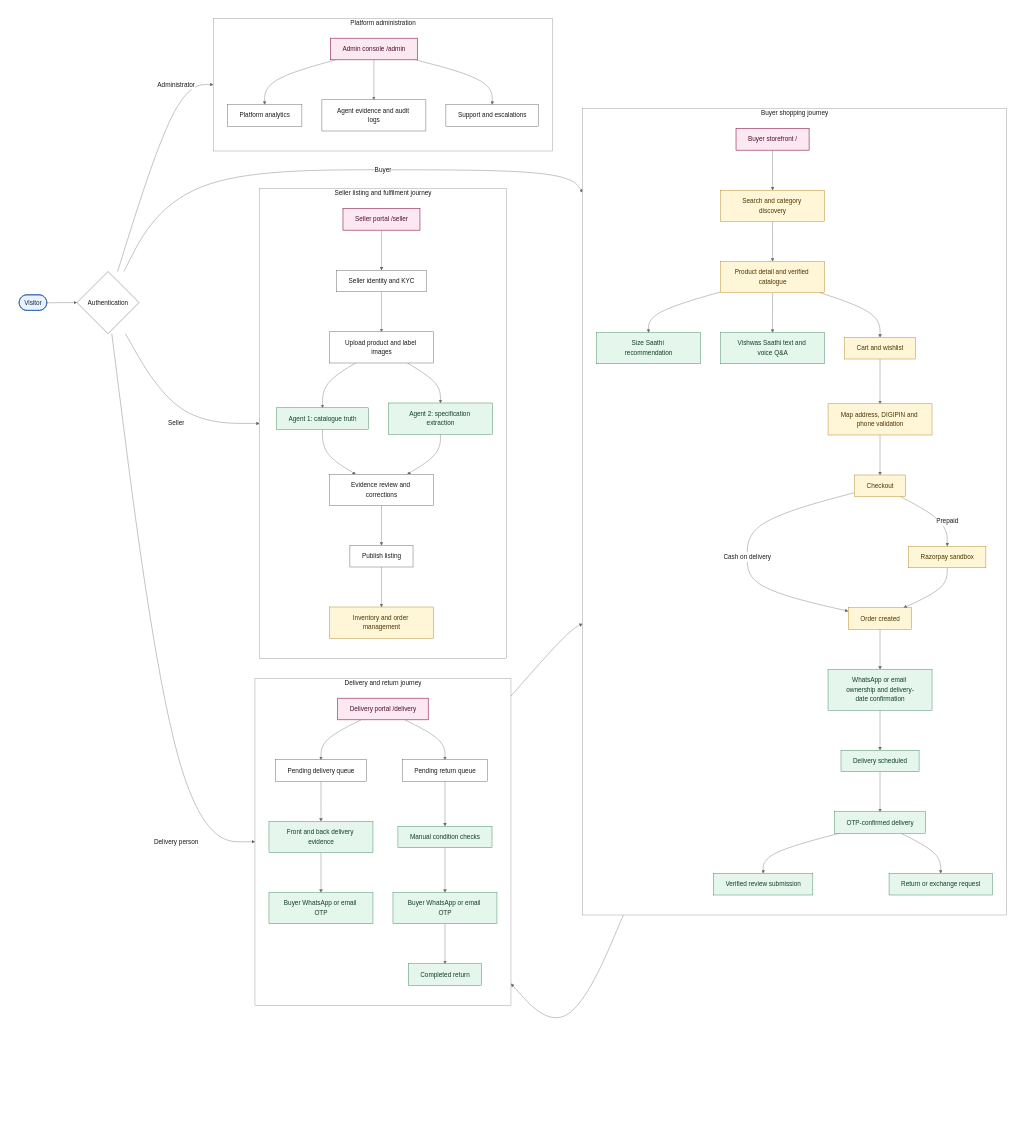
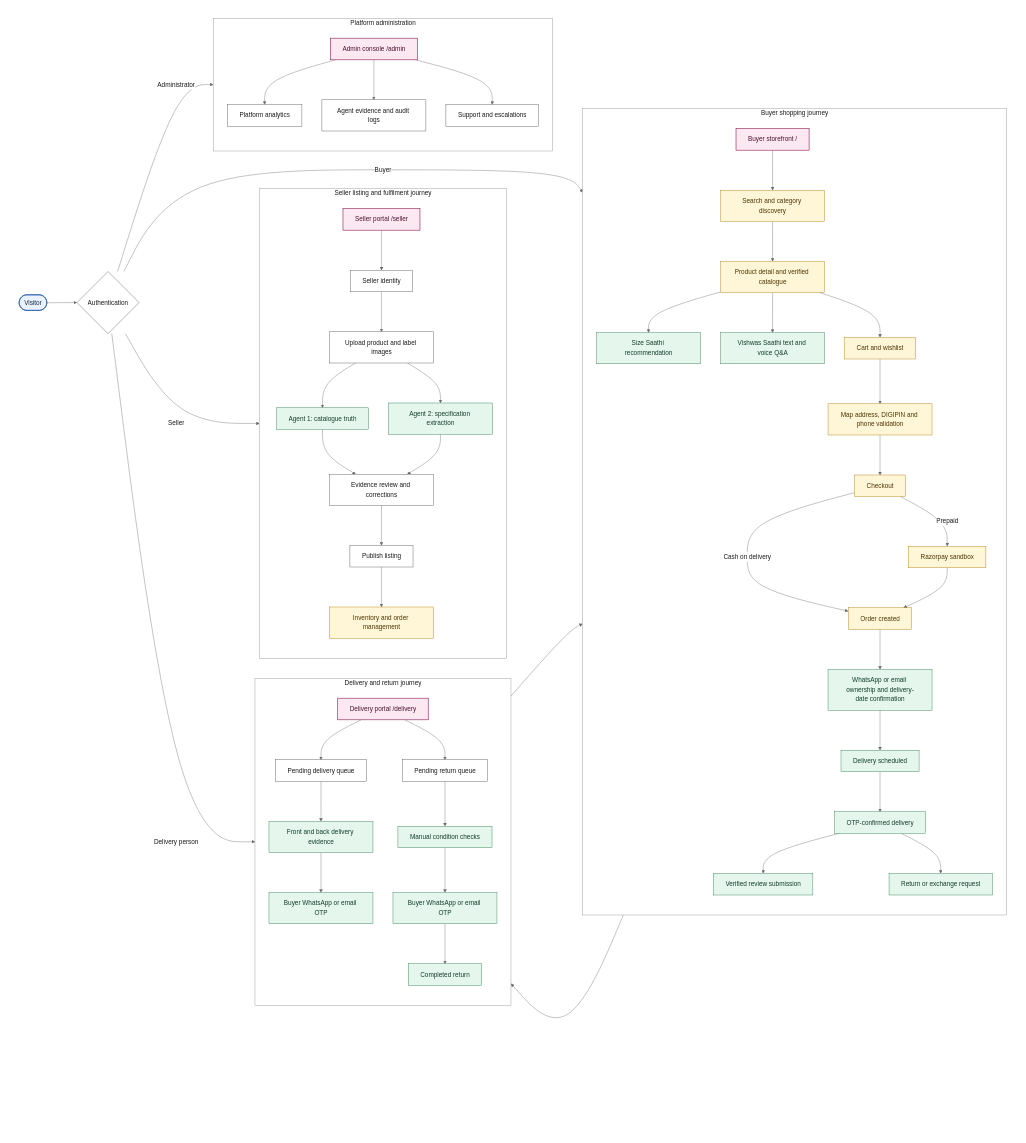
One commit to Palak24Ol/Kavach-Saathi changed the first of 2 diagrams in README.md. Above: the diagram before and after it, drawn with Mermaid.

````diff
--- a/README.md
+++ b/README.md
@@ -47,73 +47,73 @@
 ```mermaid
 %%{init: {"theme": "base", "themeVariables": {"background": "#ffffff", "primaryColor": "#ffffff", "primaryTextColor": "#1a1a1a", "primaryBorderColor": "#4a4a4a", "lineColor": "#6b6b6b", "clusterBkg": "#ffffff", "clusterBorder": "#8b8b8b", "edgeLabelBackground": "#ffffff", "titleColor": "#1a1a1a"}}}%%
 flowchart LR
     subgraph Canvas[" "]
     direction LR
     Visitor([Visitor]) --> Auth{Authentication}
     Auth -->|Buyer| BuyerHome[Buyer storefront /]
     Auth -->|Seller| SellerHome[Seller portal /seller]
     Auth -->|Delivery person| DeliveryHome[Delivery portal /delivery]
     Auth -->|Administrator| AdminHome[Admin console /admin]
 
     subgraph BuyerJourney[Buyer shopping journey]
         direction TB
         BuyerHome --> Discover[Search and category discovery]
         Discover --> Product[Product detail and verified catalogue]
         Product --> Size[Size Saathi recommendation]
         Product --> Vishwas[Vishwas Saathi text and voice Q&A]
         Product --> Cart[Cart and wishlist]
         Cart --> Address[Map address, DIGIPIN and phone validation]
         Address --> Checkout[Checkout]
         Checkout -->|Prepaid| Razorpay[Razorpay sandbox]
         Checkout -->|Cash on delivery| Order[Order created]
         Razorpay --> Order
         Order --> WhatsApp[WhatsApp or email ownership and delivery-date confirmation]
         WhatsApp --> Scheduled[Delivery scheduled]
         Scheduled --> Delivered[OTP-confirmed delivery]
         Delivered --> Review[Verified review submission]
         Delivered --> Return[Return or exchange request]
     end
 
     subgraph SellerJourney[Seller listing and fulfilment journey]
         direction TB
-        SellerHome --> KYC[Seller identity and KYC]
+        SellerHome --> KYC[Seller identity]
         KYC --> Upload[Upload product and label images]
         Upload --> CatalogueAgent[Agent 1: catalogue truth]
         Upload --> SpecAgent[Agent 2: specification extraction]
         CatalogueAgent --> Corrections[Evidence review and corrections]
         SpecAgent --> Corrections
         Corrections --> Publish[Publish listing]
         Publish --> Inventory[Inventory and order management]
     end
 
     subgraph DeliveryJourney[Delivery and return journey]
         direction TB
         DeliveryHome --> DeliveryQueue[Pending delivery queue]
         DeliveryQueue --> DeliveryEvidence[Front and back delivery evidence]
         DeliveryEvidence --> DeliveryOtp[Buyer WhatsApp or email OTP]
         DeliveryOtp --> Delivered
         DeliveryHome --> ReturnQueue[Pending return queue]
         Return --> ReturnQueue
         ReturnQueue --> ManualChecks[Manual condition checks]
         ManualChecks --> ReturnOtp[Buyer WhatsApp or email OTP]
         ReturnOtp --> ReturnComplete[Completed return]
     end
 
     subgraph Administration[Platform administration]
         direction TB
         AdminHome --> Analytics[Platform analytics]
         AdminHome --> Audit[Agent evidence and audit logs]
         AdminHome --> Support[Support and escalations]
     end
     end
     style Canvas fill:#ffffff,stroke:#ffffff
 
     classDef actor fill:#eaf2ff,stroke:#285ea8,color:#102a43,stroke-width:1.5px;
     classDef portal fill:#fce8f1,stroke:#8b1d54,color:#4a1230,stroke-width:1.5px;
     classDef commerce fill:#fff6d8,stroke:#a87300,color:#4d3500;
     classDef trust fill:#e5f7ed,stroke:#247447,color:#123d29;
     class Visitor actor;
     class BuyerHome,SellerHome,DeliveryHome,AdminHome portal;
     class Discover,Product,Cart,Address,Checkout,Razorpay,Order,Inventory commerce;
     class Size,Vishwas,WhatsApp,Scheduled,Delivered,Review,Return,CatalogueAgent,SpecAgent,DeliveryEvidence,DeliveryOtp,ManualChecks,ReturnOtp,ReturnComplete trust;
 ```
````
